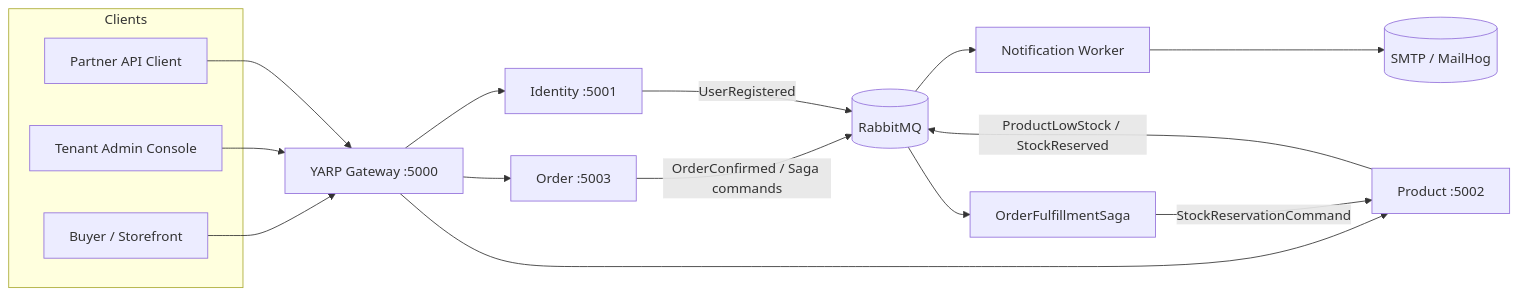
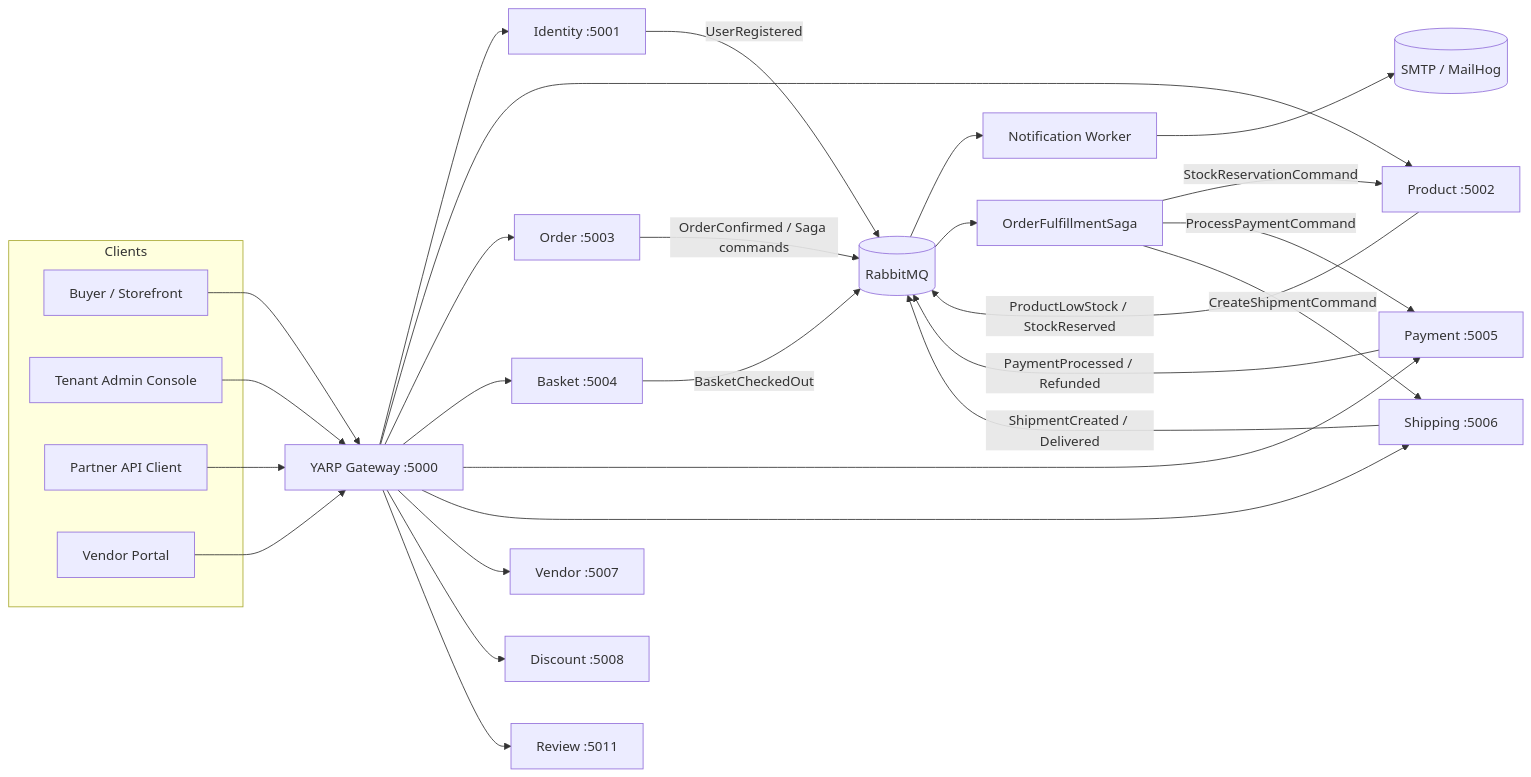
Before and after one commit to 4bitsteams/B2B-Microservice-Modern-Architecture: the first of 4 diagrams in docs/HLD.md, drawn with Mermaid. The commit also changed other lines of this file and 27 other files, not shown here.

````diff
--- a/docs/HLD.md
+++ b/docs/HLD.md
@@ -25,25 +26,38 @@
 ```mermaid
 flowchart LR
   subgraph Clients
     Buyer[Buyer / Storefront]
     Admin[Tenant Admin Console]
     Partner[Partner API Client]
+    Vendor[Vendor Portal]
   end
 
   Buyer --> GW[YARP Gateway :5000]
   Admin --> GW
   Partner --> GW
+  Vendor --> GW
 
   GW --> Id[Identity :5001]
   GW --> Pr[Product :5002]
   GW --> Or[Order :5003]
+  GW --> Ba[Basket :5004]
+  GW --> Pa[Payment :5005]
+  GW --> Sh[Shipping :5006]
+  GW --> Vn[Vendor :5007]
+  GW --> Ds[Discount :5008]
+  GW --> Rv[Review :5011]
 
   Or -- OrderConfirmed / Saga commands --> RMQ[(RabbitMQ)]
   Pr -- ProductLowStock / StockReserved --> RMQ
   Id -- UserRegistered --> RMQ
+  Ba -- BasketCheckedOut --> RMQ
+  Pa -- PaymentProcessed / Refunded --> RMQ
+  Sh -- ShipmentCreated / Delivered --> RMQ
 
   RMQ --> NW[Notification Worker]
   RMQ --> Saga[OrderFulfillmentSaga]
   Saga -- StockReservationCommand --> Pr
+  Saga -- ProcessPaymentCommand --> Pa
+  Saga -- CreateShipmentCommand --> Sh
   NW --> SMTP[(SMTP / MailHog)]
 ```
````
